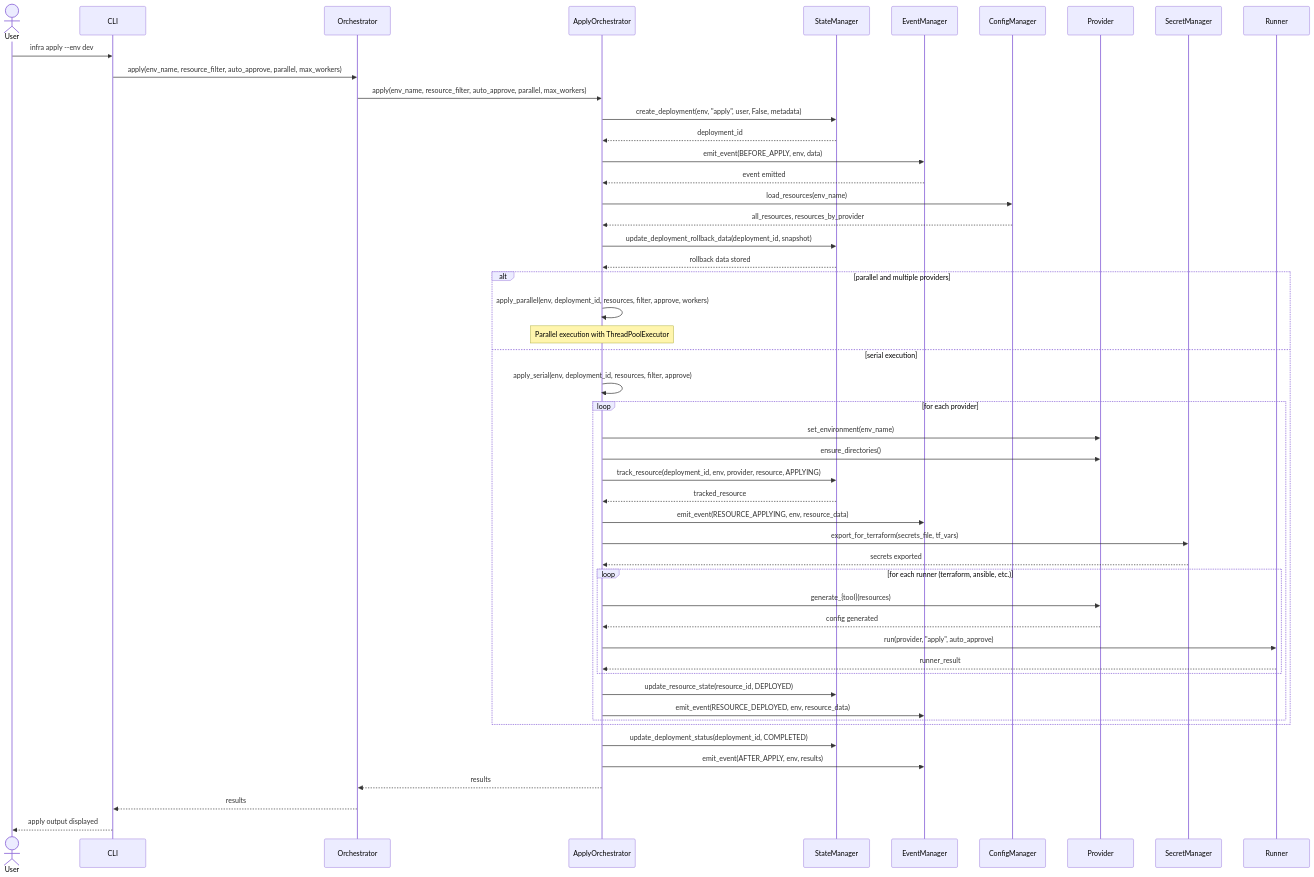
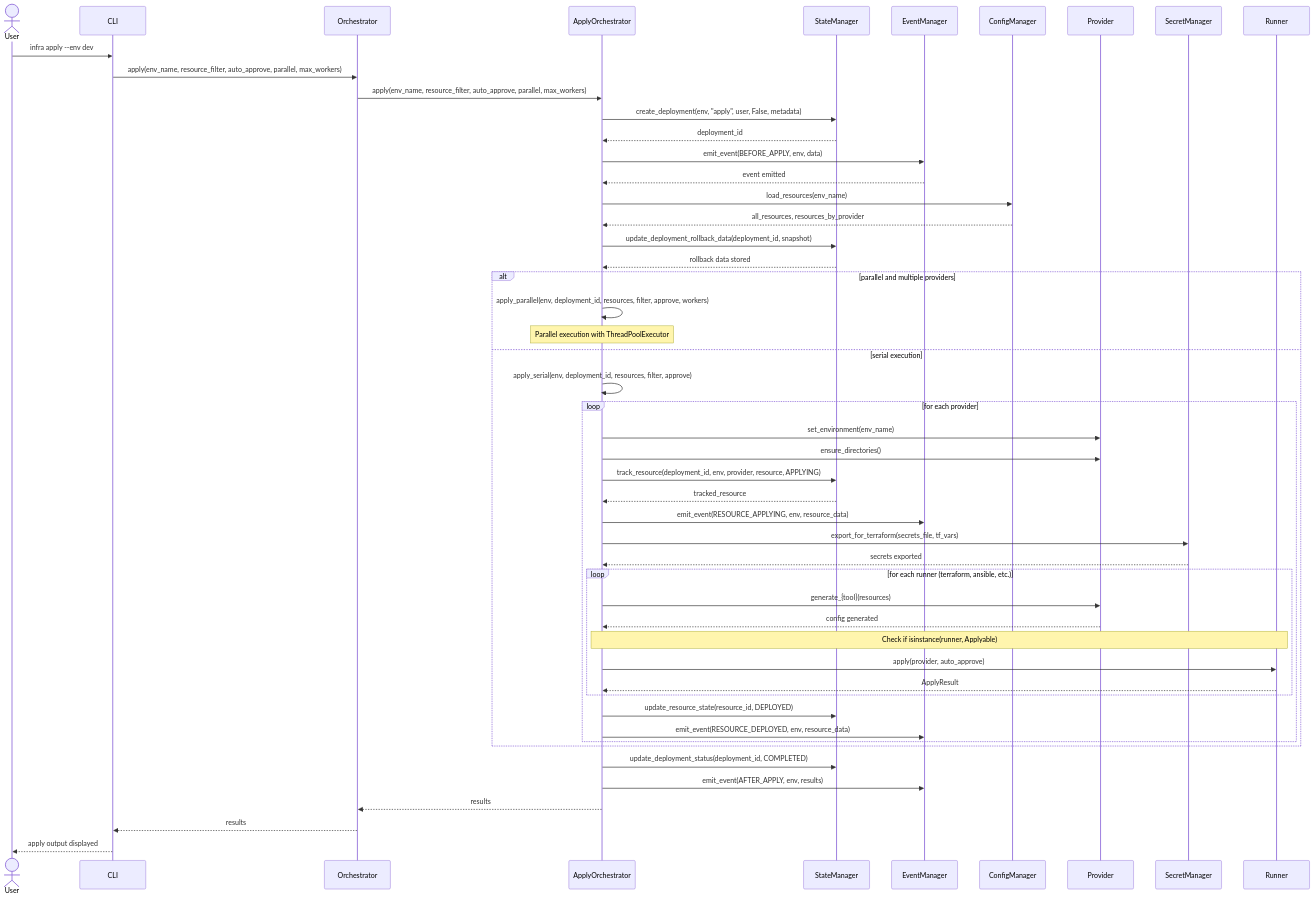
The second of 3 diagrams in docs/architecture/orchestrator-architecture.md (endavis/infrafoundry), drawn with Mermaid before and after one commit. The commit also changed other lines of this file and 39 other files, not shown here.

First line of the commit message:
docs: update documentation for protocol-based architecture and add Pulumi runner guide

````diff
--- a/docs/architecture/orchestrator-architecture.md
+++ b/docs/architecture/orchestrator-architecture.md
@@ -121,67 +122,68 @@
 ```mermaid
 sequenceDiagram
     actor User
     participant CLI
     participant Orchestrator
     participant ApplyOrchestrator
     participant StateManager
     participant EventManager
     participant ConfigManager
     participant Provider
     participant SecretManager
     participant Runner
 
     User->>CLI: infra apply --env dev
     CLI->>Orchestrator: apply(env_name, resource_filter, auto_approve, parallel, max_workers)
     Orchestrator->>ApplyOrchestrator: apply(env_name, resource_filter, auto_approve, parallel, max_workers)
 
     ApplyOrchestrator->>StateManager: create_deployment(env, "apply", user, False, metadata)
     StateManager-->>ApplyOrchestrator: deployment_id
 
     ApplyOrchestrator->>EventManager: emit_event(BEFORE_APPLY, env, data)
     EventManager-->>ApplyOrchestrator: event emitted
 
     ApplyOrchestrator->>ConfigManager: load_resources(env_name)
     ConfigManager-->>ApplyOrchestrator: all_resources, resources_by_provider
 
     ApplyOrchestrator->>StateManager: update_deployment_rollback_data(deployment_id, snapshot)
     StateManager-->>ApplyOrchestrator: rollback data stored
 
     alt parallel and multiple providers
         ApplyOrchestrator->>ApplyOrchestrator: apply_parallel(env, deployment_id, resources, filter, approve, workers)
         Note over ApplyOrchestrator: Parallel execution with ThreadPoolExecutor
     else serial execution
         ApplyOrchestrator->>ApplyOrchestrator: apply_serial(env, deployment_id, resources, filter, approve)
 
         loop for each provider
             ApplyOrchestrator->>Provider: set_environment(env_name)
             ApplyOrchestrator->>Provider: ensure_directories()
 
             ApplyOrchestrator->>StateManager: track_resource(deployment_id, env, provider, resource, APPLYING)
             StateManager-->>ApplyOrchestrator: tracked_resource
 
             ApplyOrchestrator->>EventManager: emit_event(RESOURCE_APPLYING, env, resource_data)
 
             ApplyOrchestrator->>SecretManager: export_for_terraform(secrets_file, tf_vars)
             SecretManager-->>ApplyOrchestrator: secrets exported
 
             loop for each runner (terraform, ansible, etc.)
                 ApplyOrchestrator->>Provider: generate_{tool}(resources)
                 Provider-->>ApplyOrchestrator: config generated
 
-                ApplyOrchestrator->>Runner: run(provider, "apply", auto_approve)
-                Runner-->>ApplyOrchestrator: runner_result
+                Note over ApplyOrchestrator,Runner: Check if isinstance(runner, Applyable)
+                ApplyOrchestrator->>Runner: apply(provider, auto_approve)
+                Runner-->>ApplyOrchestrator: ApplyResult
             end
 
             ApplyOrchestrator->>StateManager: update_resource_state(resource_id, DEPLOYED)
             ApplyOrchestrator->>EventManager: emit_event(RESOURCE_DEPLOYED, env, resource_data)
         end
     end
 
     ApplyOrchestrator->>StateManager: update_deployment_status(deployment_id, COMPLETED)
     ApplyOrchestrator->>EventManager: emit_event(AFTER_APPLY, env, results)
 
     ApplyOrchestrator-->>Orchestrator: results
     Orchestrator-->>CLI: results
     CLI-->>User: apply output displayed
 ```
````
